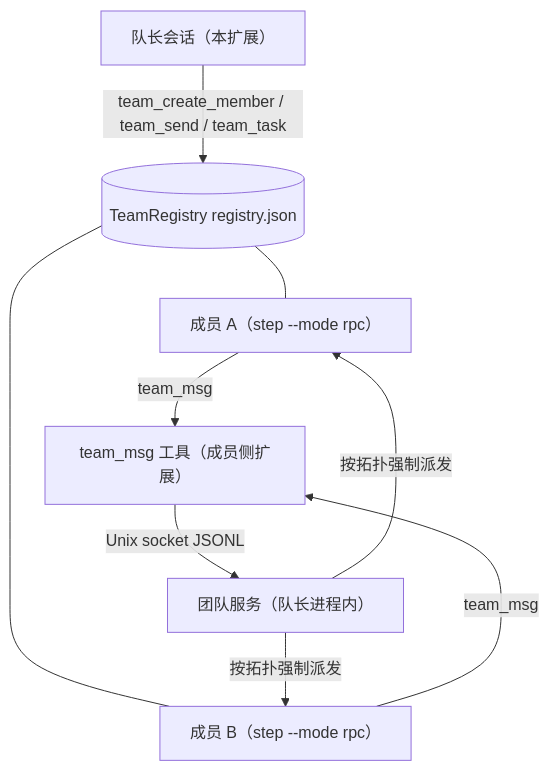
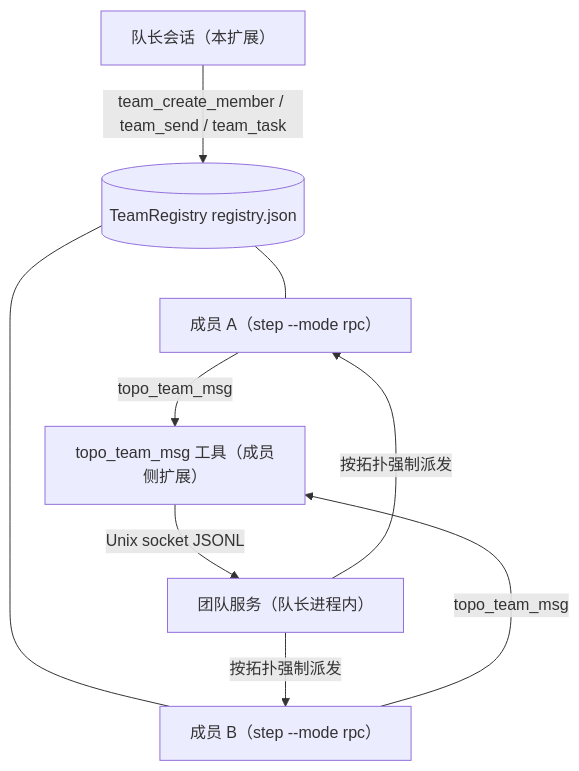
The first of 6 diagrams in README_CN.md (CTCingithub/Step-Code-Agent-Team), drawn with Mermaid before and after one commit. The commit also changed other lines of this file and 20 other files, not shown here.

First line of the commit message:
refactor: rename team_msg → topo_team_msg; drop the stale no-bash messaging warnings

````diff
--- a/README_CN.md
+++ b/README_CN.md
@@ -17,18 +17,18 @@
 ```mermaid
 flowchart TD
     Leader["队长会话（本扩展）"]
     Registry[("TeamRegistry registry.json")]
     A["成员 A（step --mode rpc）"]
     B["成员 B（step --mode rpc）"]
-    MsgTool["team_msg 工具（成员侧扩展）"]
+    MsgTool["topo_team_msg 工具（成员侧扩展）"]
     Server["团队服务（队长进程内）"]
 
     Leader -->|"team_create_member / team_send / team_task"| Registry
     Registry --- A
     Registry --- B
-    A -->|"team_msg"| MsgTool
-    B -->|"team_msg"| MsgTool
+    A -->|"topo_team_msg"| MsgTool
+    B -->|"topo_team_msg"| MsgTool
     MsgTool -->|"Unix socket JSONL"| Server
     Server -->|"按拓扑强制派发"| A
     Server -->|"按拓扑强制派发"| B
 ```
````
